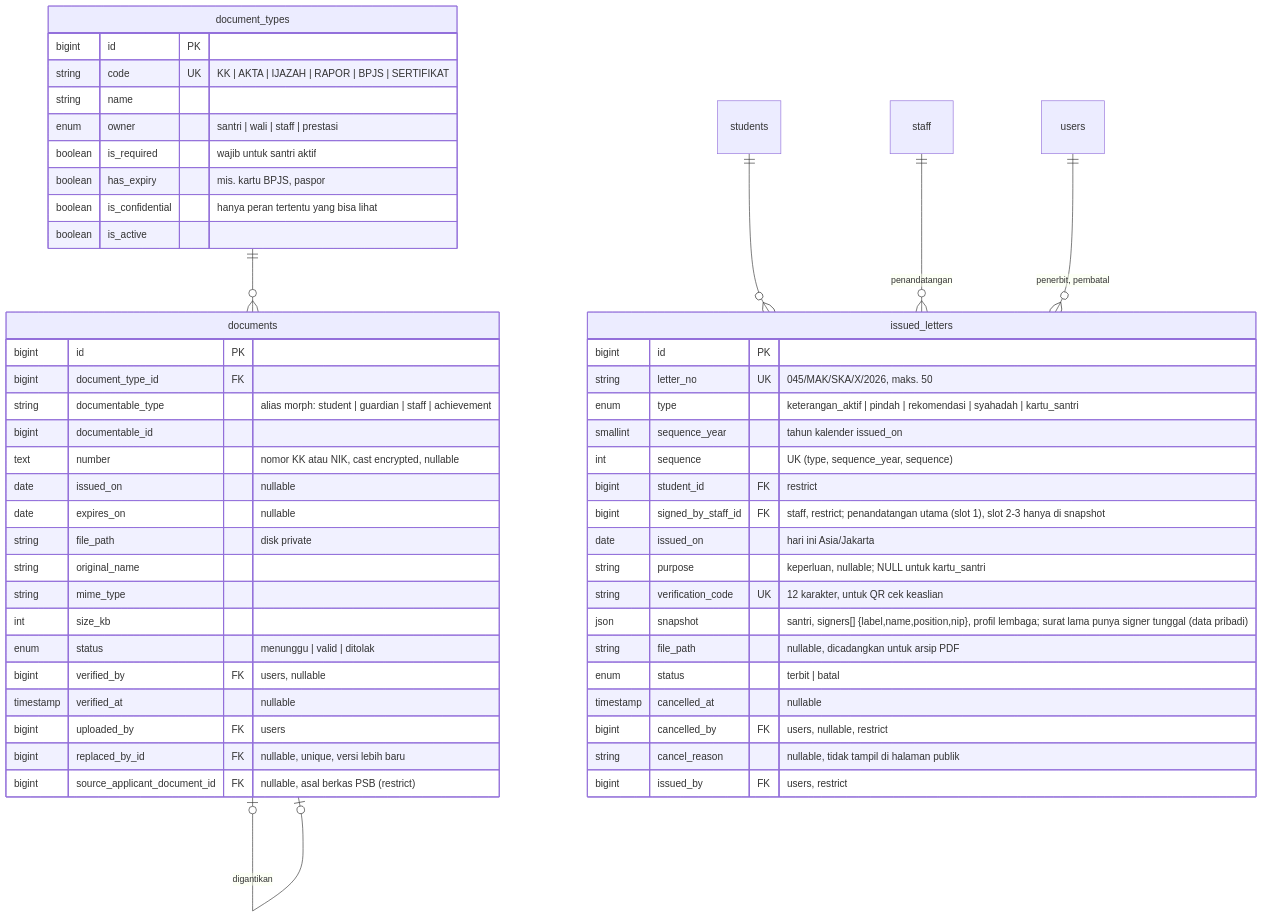
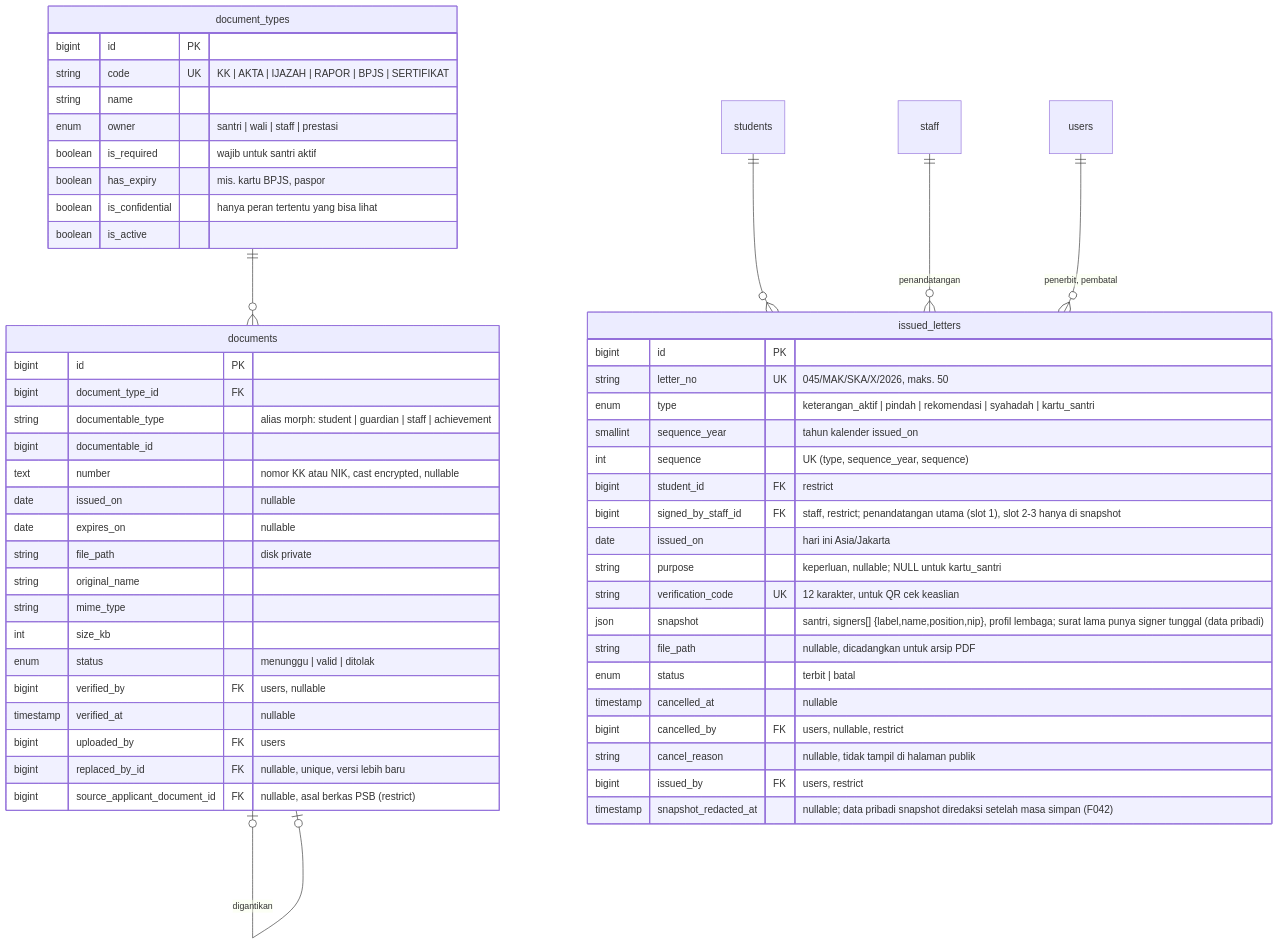
The sixth of 11 diagrams in docs/erd.md (dankedev/pondok), drawn with Mermaid before and after one commit. The commit also changed other lines of this file and 2 other files, not shown here.

Commit message:
docs(inti): panduan backup, pemulihan, dan masa simpan surat
Refs #17

````diff
--- a/docs/erd.md
+++ b/docs/erd.md
@@ -385,57 +385,58 @@
 ```mermaid
 erDiagram
   document_types {
     bigint id PK
     string code UK "KK | AKTA | IJAZAH | RAPOR | BPJS | SERTIFIKAT"
     string name
     enum owner "santri | wali | staff | prestasi"
     boolean is_required "wajib untuk santri aktif"
     boolean has_expiry "mis. kartu BPJS, paspor"
     boolean is_confidential "hanya peran tertentu yang bisa lihat"
     boolean is_active
   }
   documents {
     bigint id PK
     bigint document_type_id FK
     string documentable_type "alias morph: student | guardian | staff | achievement"
     bigint documentable_id
     text number "nomor KK atau NIK, cast encrypted, nullable"
     date issued_on "nullable"
     date expires_on "nullable"
     string file_path "disk private"
     string original_name
     string mime_type
     int size_kb
     enum status "menunggu | valid | ditolak"
     bigint verified_by FK "users, nullable"
     timestamp verified_at "nullable"
     bigint uploaded_by FK "users"
     bigint replaced_by_id FK "nullable, unique, versi lebih baru"
     bigint source_applicant_document_id FK "nullable, asal berkas PSB (restrict)"
   }
   issued_letters {
     bigint id PK
     string letter_no UK "045/MAK/SKA/X/2026, maks. 50"
     enum type "keterangan_aktif | pindah | rekomendasi | syahadah | kartu_santri"
     smallint sequence_year "tahun kalender issued_on"
     int sequence "UK (type, sequence_year, sequence)"
     bigint student_id FK "restrict"
     bigint signed_by_staff_id FK "staff, restrict; penandatangan utama (slot 1), slot 2-3 hanya di snapshot"
     date issued_on "hari ini Asia/Jakarta"
     string purpose "keperluan, nullable; NULL untuk kartu_santri"
     string verification_code UK "12 karakter, untuk QR cek keaslian"
     json snapshot "santri, signers[] {label,name,position,nip}, profil lembaga; surat lama punya signer tunggal (data pribadi)"
     string file_path "nullable, dicadangkan untuk arsip PDF"
     enum status "terbit | batal"
     timestamp cancelled_at "nullable"
     bigint cancelled_by FK "users, nullable, restrict"
     string cancel_reason "nullable, tidak tampil di halaman publik"
     bigint issued_by FK "users, restrict"
+    timestamp snapshot_redacted_at "nullable; data pribadi snapshot diredaksi setelah masa simpan (F042)"
   }
   document_types ||--o{ documents : ""
   documents |o--o| documents : "digantikan"
   students ||--o{ issued_letters : ""
   staff ||--o{ issued_letters : "penandatangan"
   users ||--o{ issued_letters : "penerbit, pembatal"
   
 ```
````
